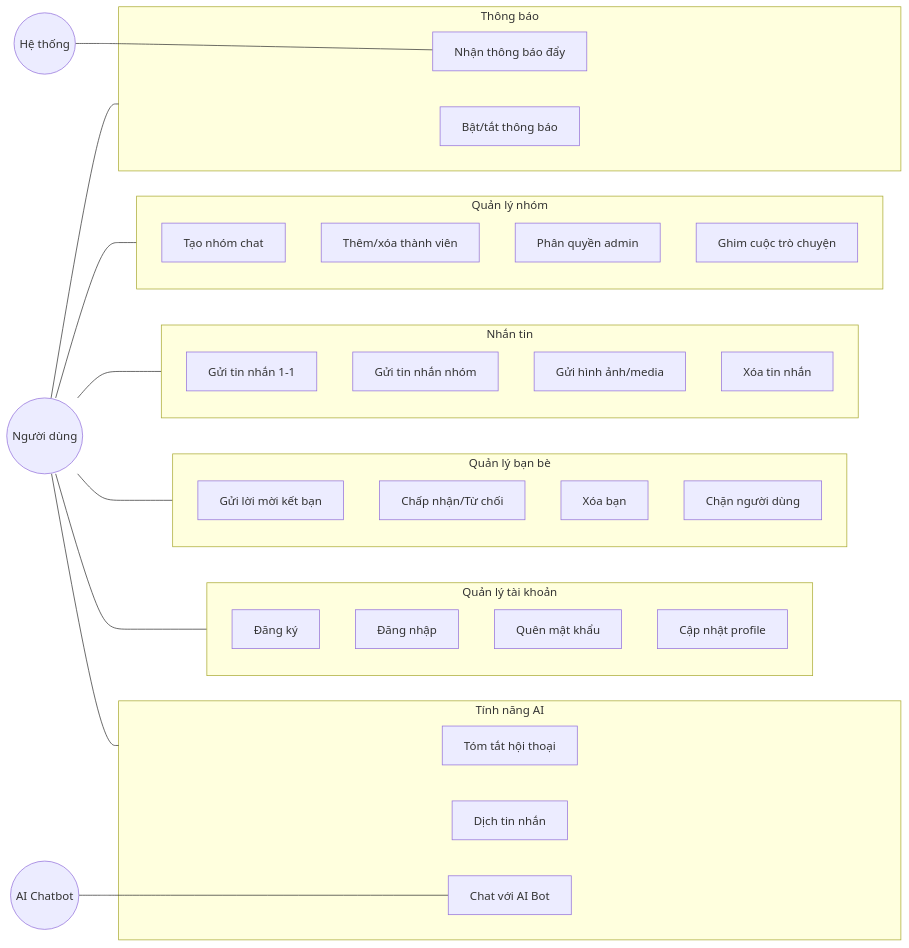
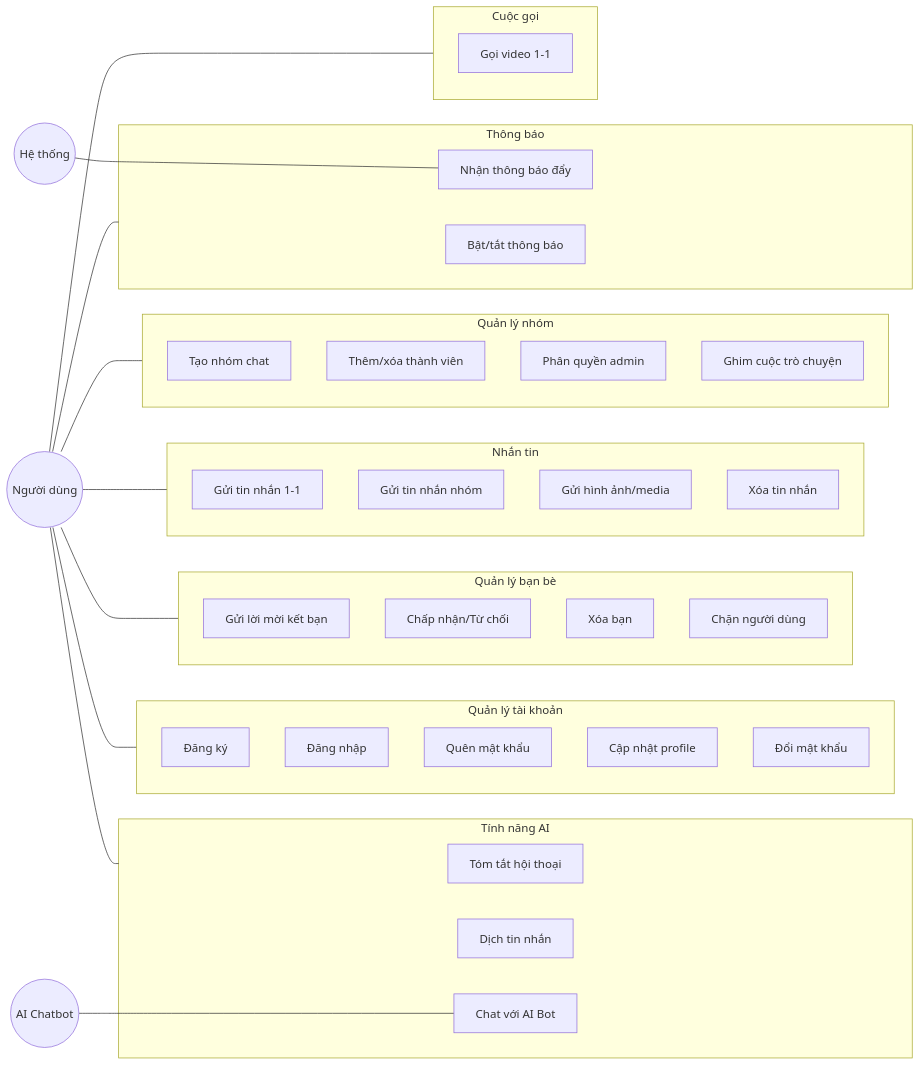
One commit to HiepNguyen284/chatapp changed the second of 10 diagrams in bao_cao_thanh_vien_3.md. Above: the diagram before and after it, drawn with Mermaid. The commit also changed other lines of this file and 4473 other files, not shown here.

````diff
--- a/bao_cao_thanh_vien_3.md
+++ b/bao_cao_thanh_vien_3.md
@@ -410,49 +404,61 @@
 ```mermaid
 graph LR
     User((Người dùng))
     AI_Bot((AI Chatbot))
     System((Hệ thống))
 
     subgraph UC_Auth["Quản lý tài khoản"]
         UC1["Đăng ký"]
         UC2["Đăng nhập"]
         UC3["Quên mật khẩu"]
         UC4["Cập nhật profile"]
+        UC5["Đổi mật khẩu"]
     end
+
     subgraph UC_Friend["Quản lý bạn bè"]
         UC6["Gửi lời mời kết bạn"]
         UC7["Chấp nhận/Từ chối"]
         UC8["Xóa bạn"]
         UC9["Chặn người dùng"]
     end
+
     subgraph UC_Chat["Nhắn tin"]
         UC10["Gửi tin nhắn 1-1"]
         UC11["Gửi tin nhắn nhóm"]
         UC12["Gửi hình ảnh/media"]
         UC13["Xóa tin nhắn"]
     end
+
     subgraph UC_Group["Quản lý nhóm"]
         UC14["Tạo nhóm chat"]
         UC15["Thêm/xóa thành viên"]
         UC16["Phân quyền admin"]
         UC17["Ghim cuộc trò chuyện"]
     end
+
     subgraph UC_AI["Tính năng AI"]
         UC18["Tóm tắt hội thoại"]
         UC19["Dịch tin nhắn"]
         UC20["Chat với AI Bot"]
     end
+
     subgraph UC_Notify["Thông báo"]
         UC21["Nhận thông báo đẩy"]
         UC22["Bật/tắt thông báo"]
+    end
+
+    subgraph UC_Call["Cuộc gọi"]
+        UC23["Gọi video 1-1"]
     end
 
     User --- UC_Auth
     User --- UC_Friend
     User --- UC_Chat
     User --- UC_Group
     User --- UC_AI
     User --- UC_Notify
+    User --- UC_Call
+
     AI_Bot --- UC20
     System --- UC21
 ```
````
